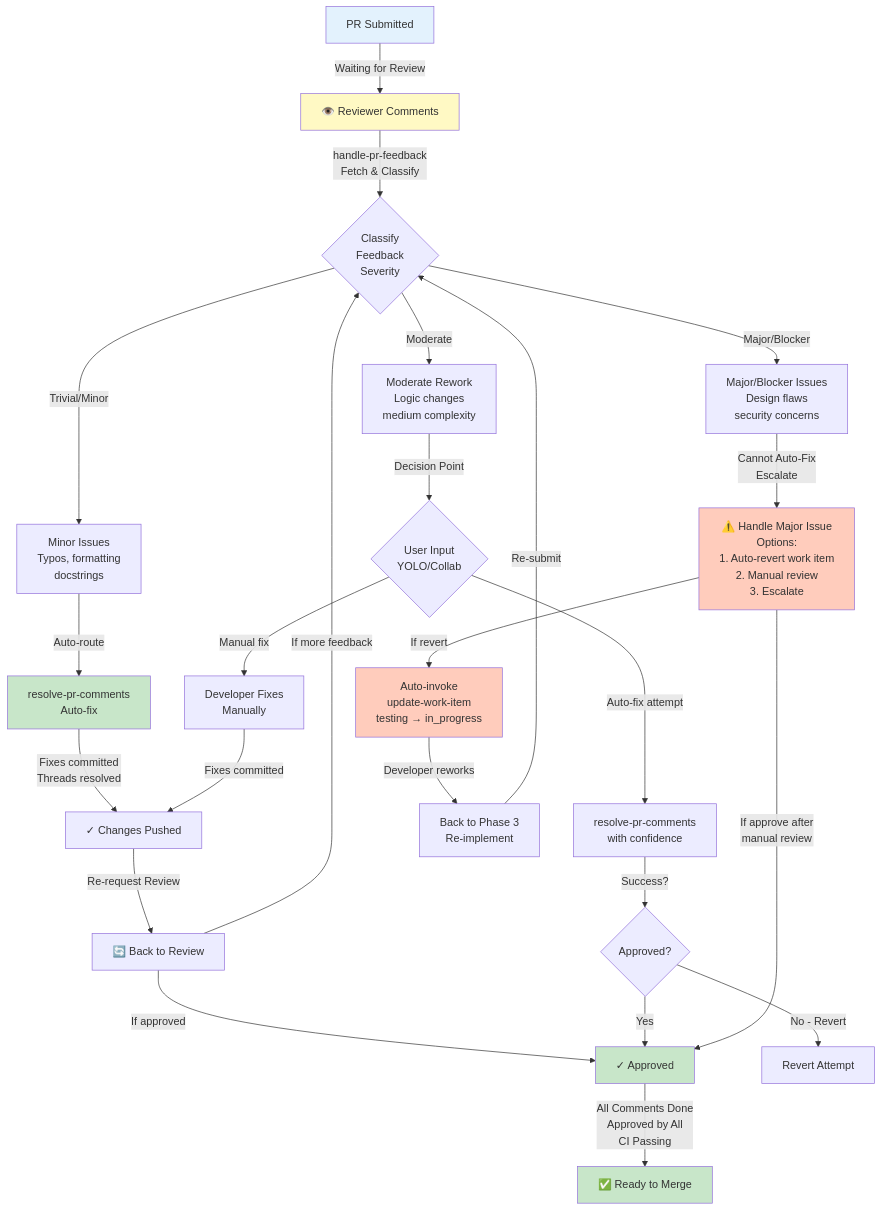
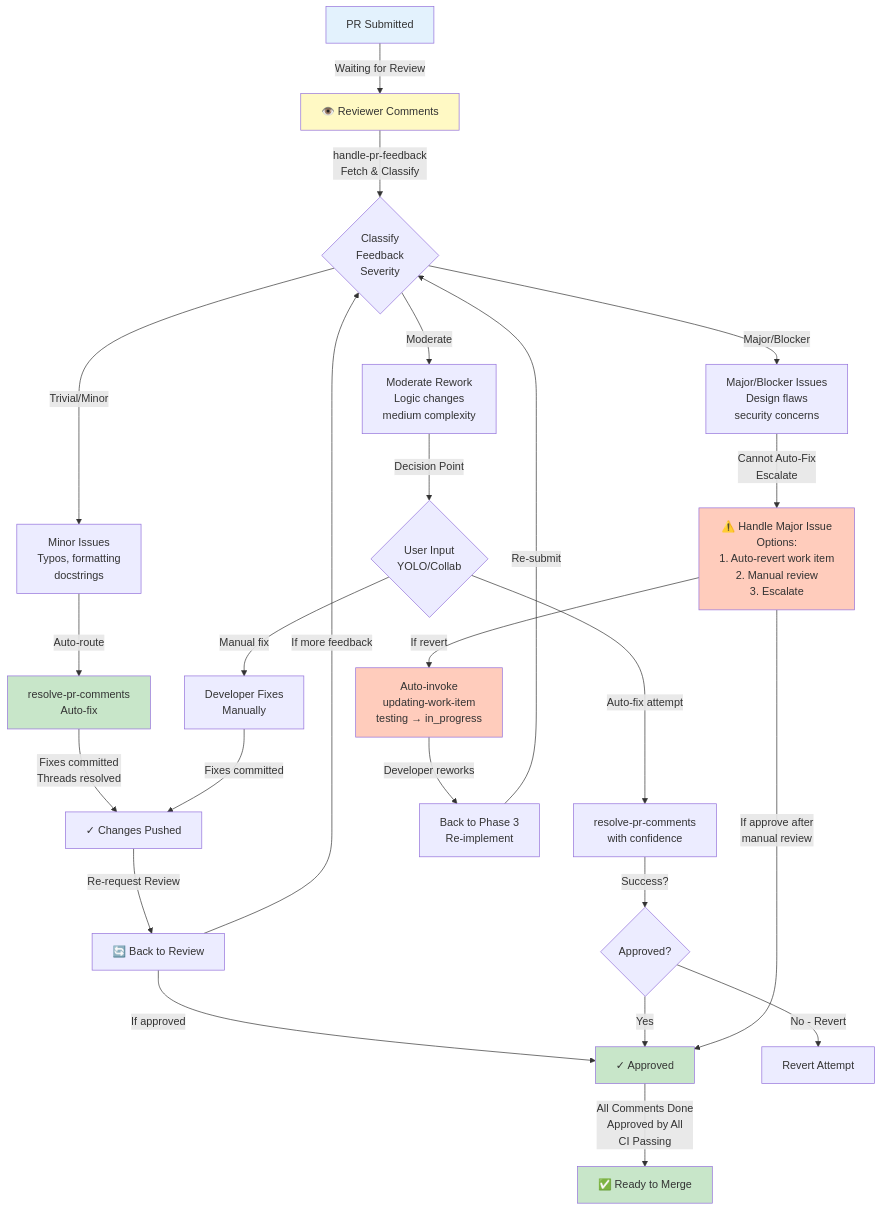
Before and after one commit to squirrel289/pax: the fourth of 8 diagrams in docs/WORK_MANAGEMENT_INTEGRATION.md, drawn with Mermaid. The commit also changed other lines of this file and 29 other files, not shown here.

````diff
--- a/docs/WORK_MANAGEMENT_INTEGRATION.md
+++ b/docs/WORK_MANAGEMENT_INTEGRATION.md
@@ -511,45 +511,45 @@
 ```mermaid
 graph TD
     A["PR Submitted"] -->|"Waiting for Review"| B["👁️ Reviewer Comments"]
-    
+
     B -->|"handle-pr-feedback<br/>Fetch & Classify"| C{"Classify<br/>Feedback<br/>Severity"}
-    
+
     C -->|"Trivial/Minor"| D["Minor Issues<br/>Typos, formatting<br/>docstrings"]
     C -->|"Moderate"| E["Moderate Rework<br/>Logic changes<br/>medium complexity"]
     C -->|"Major/Blocker"| F["Major/Blocker Issues<br/>Design flaws<br/>security concerns"]
-    
+
     D -->|"Auto-route"| G["resolve-pr-comments<br/>Auto-fix"]
     E -->|"Decision Point"| H{"User Input<br/>YOLO/Collab"}
-    
+
     G -->|"Fixes committed<br/>Threads resolved"| I["✓ Changes Pushed"]
     I -->|"Re-request Review"| J["🔄 Back to Review"]
     J -->|"If approved"| K["✓ Approved"]
     J -->|"If more feedback"| C
-    
+
     H -->|"Auto-fix attempt"| L["resolve-pr-comments<br/>with confidence"]
     H -->|"Manual fix"| M["Developer Fixes<br/>Manually"]
-    
+
     L -->|"Success?"| N{"Approved?"}
     N -->|"Yes"| K
     N -->|"No - Revert"| O["Revert Attempt"]
-    
+
     M -->|"Fixes committed"| I
-    
+
     F -->|"Cannot Auto-Fix<br/>Escalate"| P["⚠️ Handle Major Issue<br/>Options:<br/>1. Auto-revert work item<br/>2. Manual review<br/>3. Escalate"]
-    
-    P -->|"If revert"| Q["Auto-invoke<br/>update-work-item<br/>testing → in_progress"]
+
+    P -->|"If revert"| Q["Auto-invoke<br/>updating-work-item<br/>testing → in_progress"]
     Q -->|"Developer reworks"| R["Back to Phase 3<br/>Re-implement"]
     R -->|"Re-submit"| C
-    
+
     P -->|"If approve after<br/>manual review"| K
-    
+
     K -->|"All Comments Done<br/>Approved by All<br/>CI Passing"| S["✅ Ready to Merge"]
-    
+
     style A fill:#e3f2fd
     style B fill:#fff9c4
     style G fill:#c8e6c9
     style K fill:#c8e6c9
     style S fill:#c8e6c9
     style P fill:#ffccbc
     style Q fill:#ffccbc
 ```
````
